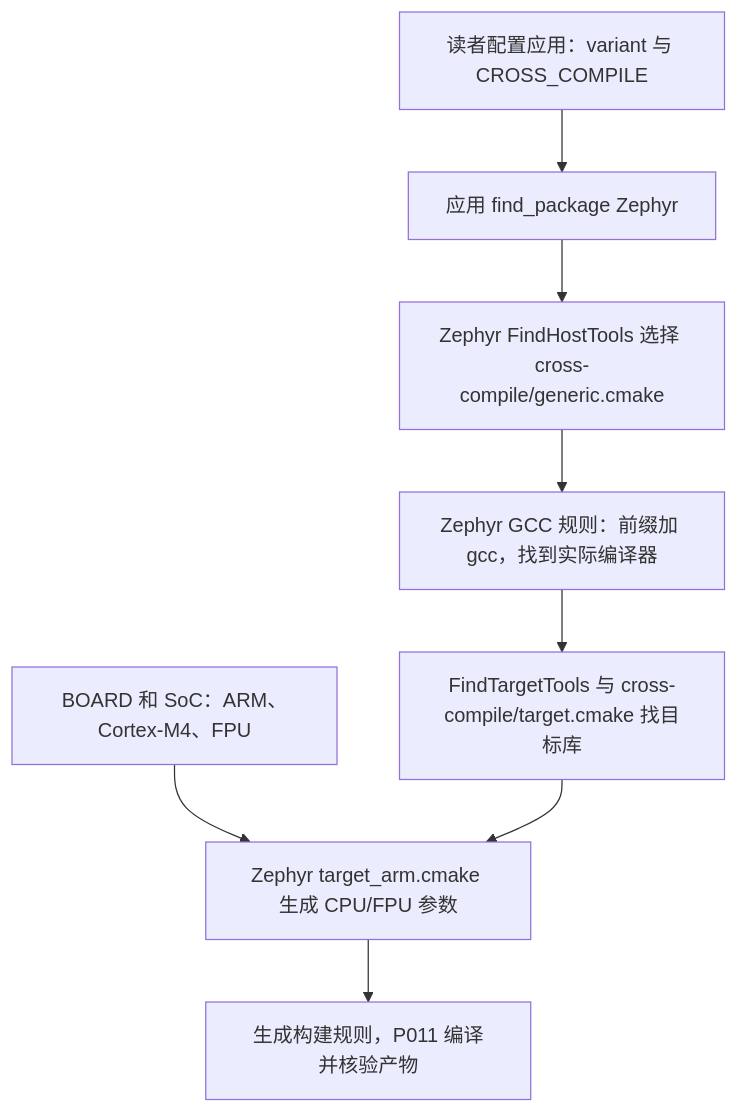
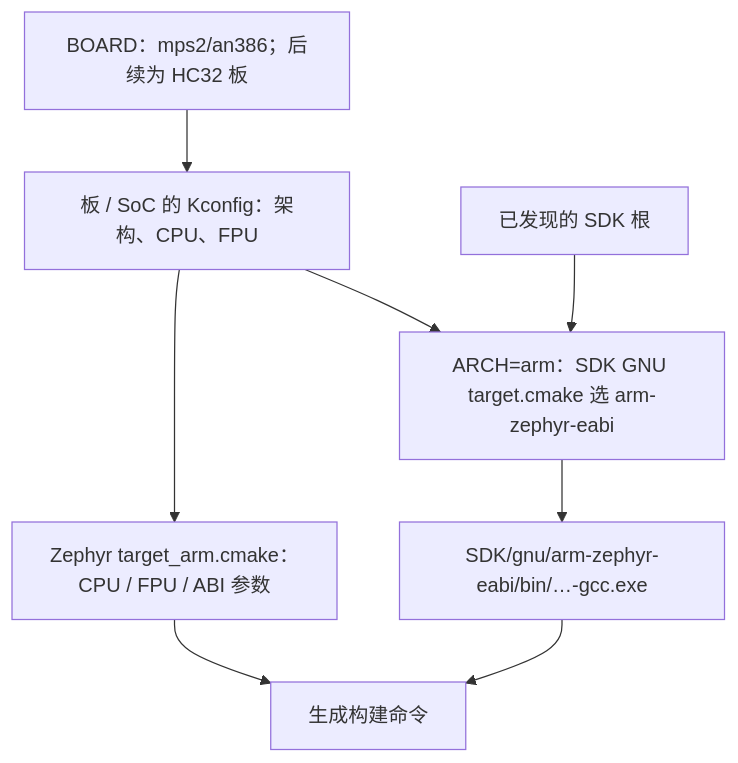
Before and after one commit to FormingSystem/zephyr_hc32f4a0: the fourth of 4 diagrams in learning/P01_zephyr_make_project/P003_SDK准备与编译器选型_Windows.md, drawn with Mermaid. The commit also changed other lines of this file and 466 other files, not shown here.

````diff
--- a/learning/P01_zephyr_make_project/P003_SDK准备与编译器选型_Windows.md
+++ b/learning/P01_zephyr_make_project/P003_SDK准备与编译器选型_Windows.md
@@ -475,10 +323,10 @@
 ```mermaid
 flowchart TD
-    A["读者配置应用：variant 与 CROSS_COMPILE"] --> B["应用 find_package Zephyr"]
-    B --> C["Zephyr FindHostTools 选择 cross-compile/generic.cmake"]
-    C --> D["Zephyr GCC 规则：前缀加 gcc，找到实际编译器"]
-    D --> E["FindTargetTools 与 cross-compile/target.cmake 找目标库"]
-    F["BOARD 和 SoC：ARM、Cortex-M4、FPU"] --> G["Zephyr target_arm.cmake 生成 CPU/FPU 参数"]
-    E --> G
-    G --> H["生成构建规则，P011 编译并核验产物"]
+    A["BOARD：mps2/an386；后续为 HC32 板"] --> B["板 / SoC 的 Kconfig：架构、CPU、FPU"]
+    B --> C["ARCH=arm：SDK GNU target.cmake 选 arm-zephyr-eabi"]
+    D["已发现的 SDK 根"] --> C
+    C --> E["SDK/gnu/arm-zephyr-eabi/bin/…-gcc.exe"]
+    B --> F["Zephyr target_arm.cmake：CPU / FPU / ABI 参数"]
+    E --> G["生成构建命令"]
+    F --> G
 ```
````
